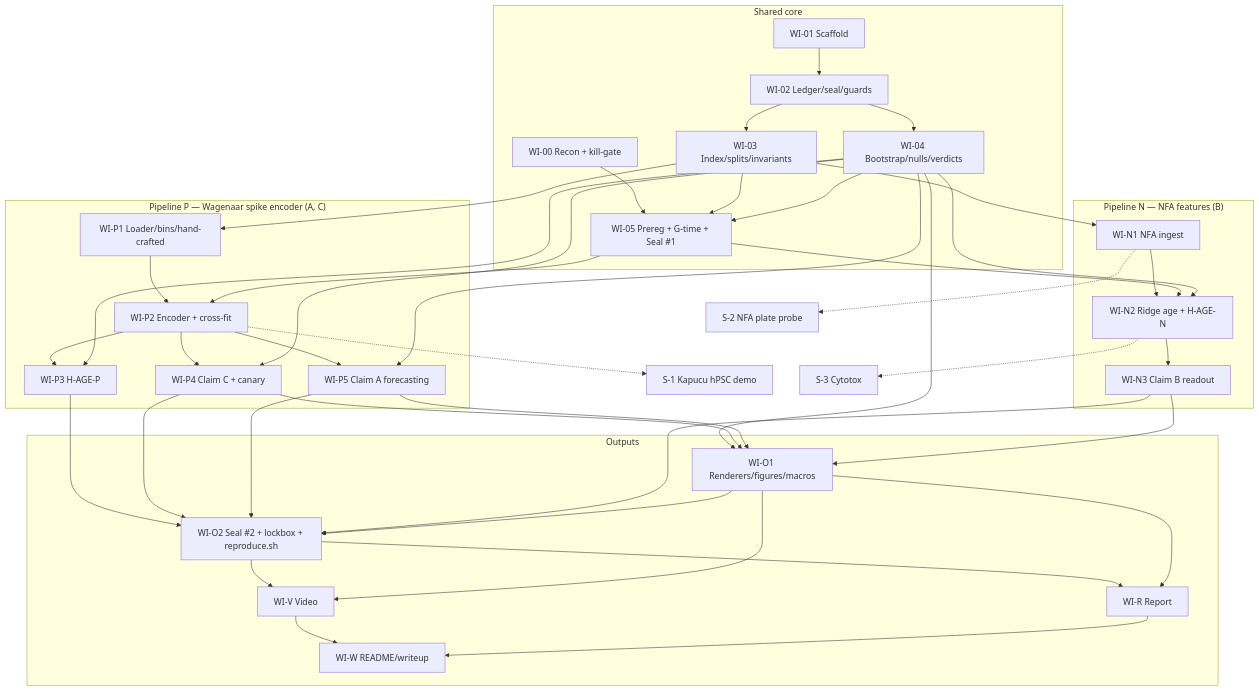
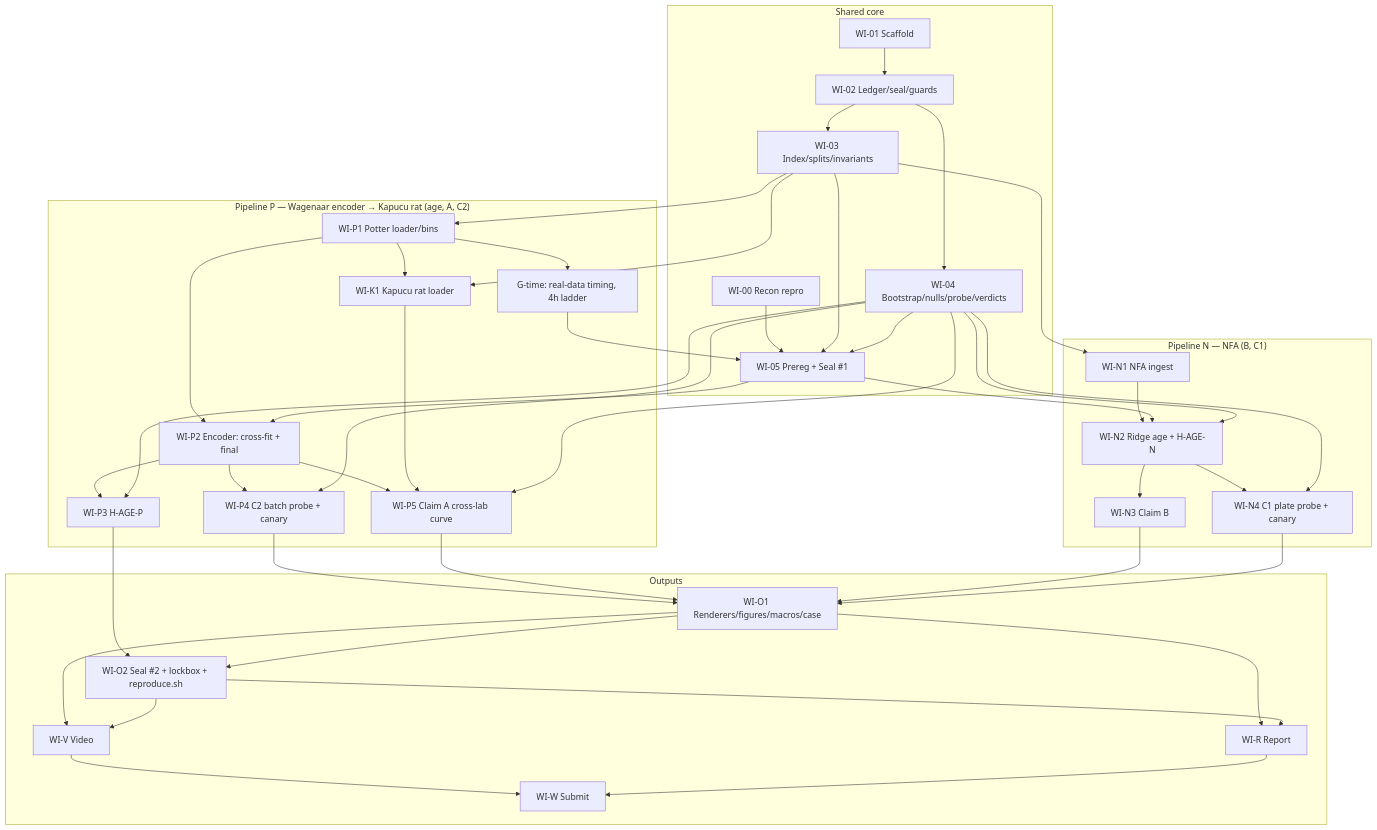
Before and after one commit to AustinSopocko/AIforLifeScience: the diagram in PLAN.md, drawn with Mermaid. The commit also changed other lines of this file and 36 other files, not shown here.

First line of the commit message:
Plan v3: close recon; cross-lab Claim A; C1 primary; refutation contingency

````diff
--- a/PLAN.md
+++ b/PLAN.md
@@ -428,45 +567,39 @@
 ```mermaid
 graph TD
   subgraph Shared core
-    WI00[WI-00 Recon + kill-gate] --> WI05
+    WI00[WI-00 Recon repro] --> WI05
     WI01[WI-01 Scaffold] --> WI02[WI-02 Ledger/seal/guards]
     WI02 --> WI03[WI-03 Index/splits/invariants]
-    WI02 --> WI04[WI-04 Bootstrap/nulls/verdicts]
-    WI03 --> WI05[WI-05 Prereg + G-time + Seal #1]
+    WI02 --> WI04[WI-04 Bootstrap/nulls/probe/verdicts]
+    WI03 --> WI05[WI-05 Prereg + Seal #1]
     WI04 --> WI05
   end
-  subgraph "Pipeline P — Wagenaar spike encoder (A, C)"
-    WI03 --> P1[WI-P1 Loader/bins/hand-crafted]
-    P1 --> P2[WI-P2 Encoder + cross-fit]
+  subgraph "Pipeline P — Wagenaar encoder → Kapucu rat (age, A, C2)"
+    WI03 --> P1[WI-P1 Potter loader/bins]
+    P1 --> GT[G-time: real-data timing, 4h ladder]
+    GT --> WI05
+    P1 --> P2[WI-P2 Encoder: cross-fit + final]
     WI05 --> P2
     P2 --> P3[WI-P3 H-AGE-P]
-    P2 --> P4[WI-P4 Claim C + canary]
-    P2 --> P5[WI-P5 Claim A forecasting]
+    P2 --> P4[WI-P4 C2 batch probe + canary]
+    WI03 --> K1[WI-K1 Kapucu rat loader]
+    P1 --> K1
+    P2 --> P5[WI-P5 Claim A cross-lab curve]
+    K1 --> P5
     WI04 --> P3 & P4 & P5
   end
-  subgraph "Pipeline N — NFA features (B)"
+  subgraph "Pipeline N — NFA (B, C1)"
     WI03 --> N1[WI-N1 NFA ingest]
     N1 --> N2[WI-N2 Ridge age + H-AGE-N]
     WI05 --> N2
-    WI04 --> N2
-    N2 --> N3[WI-N3 Claim B readout]
+    N2 --> N3[WI-N3 Claim B]
+    N2 --> N4[WI-N4 C1 plate probe + canary]
+    WI04 --> N2 & N4
   end
   subgraph Outputs
-    WI04 --> O1[WI-O1 Renderers/figures/macros]
-    P4 --> O1
-    P5 --> O1
-    N3 --> O1
-    P3 --> O2[WI-O2 Seal #2 + lockbox + reproduce.sh]
-    P4 --> O2
-    P5 --> O2
-    N3 --> O2
-    O1 --> O2
-    O2 --> V[WI-V Video] & R[WI-R Report]
-    O1 --> V & R
-    V --> W[WI-W README/writeup]
-    R --> W
+    P4 & P5 & N3 & N4 --> O1[WI-O1 Renderers/figures/macros/case]
+    P3 & O1 --> O2[WI-O2 Seal #2 + lockbox + reproduce.sh]
+    O1 & O2 --> V[WI-V Video] & R[WI-R Report]
+    V & R --> W[WI-W Submit]
   end
-  P2 -.-> S1[S-1 Kapucu hPSC demo]
-  N1 -.-> S2[S-2 NFA plate probe]
-  N2 -.-> S3[S-3 Cytotox]
 ```
````
